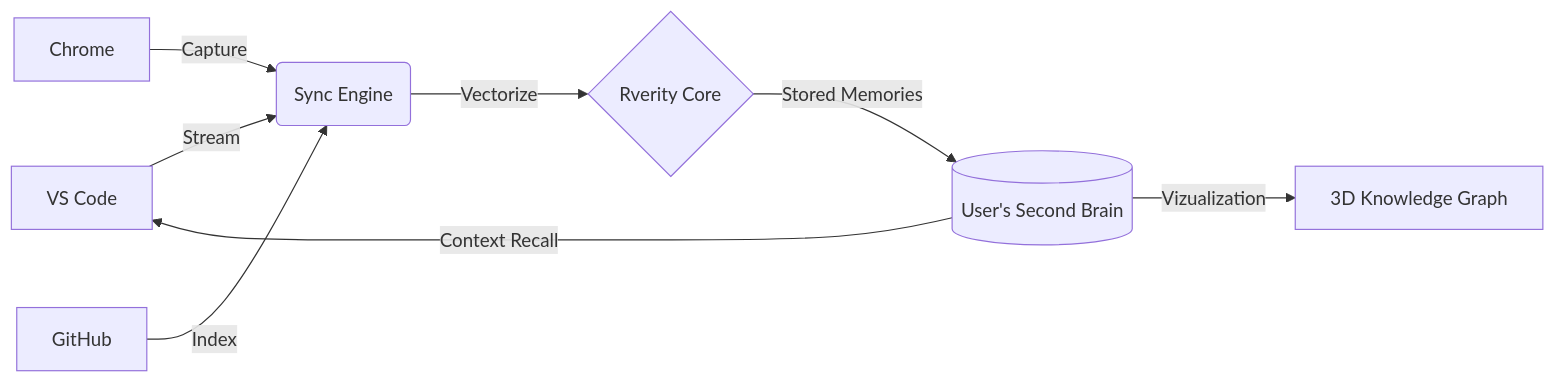
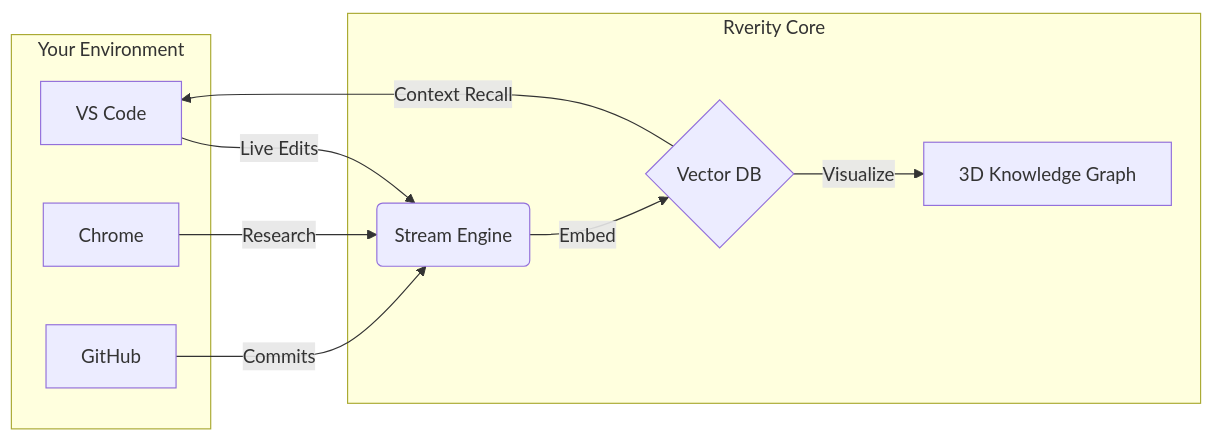
The diagram in README.md (Ramrajnagar/Rverity), drawn with Mermaid before and after one commit. The commit also changed other lines of this file and 1 other file, not shown here.

````diff
--- a/README.md
+++ b/README.md
@@ -44,10 +43,21 @@
 ```mermaid
 graph LR
-    A[VS Code] -->|Stream| B(Sync Engine)
-    C[Chrome] -->|Capture| B
-    D[GitHub] -->|Index| B
-    B -->|Vectorize| E{Rverity Core}
-    E -->|Stored Memories| F[(User's Second Brain)]
-    F -->|Context Recall| A
-    F -->|Vizualization| G[3D Knowledge Graph]
+    subgraph "Your Environment"
+        A[VS Code] 
+        B[Chrome]
+        C[GitHub]
+    end
+
+    subgraph "Rverity Core"
+        D(Stream Engine)
+        E{Vector DB}
+        F[3D Knowledge Graph]
+    end
+
+    A -->|Live Edits| D
+    B -->|Research| D
+    C -->|Commits| D
+    D -->|Embed| E
+    E -->|Visualize| F
+    E -->|Context Recall| A
 ```
````
